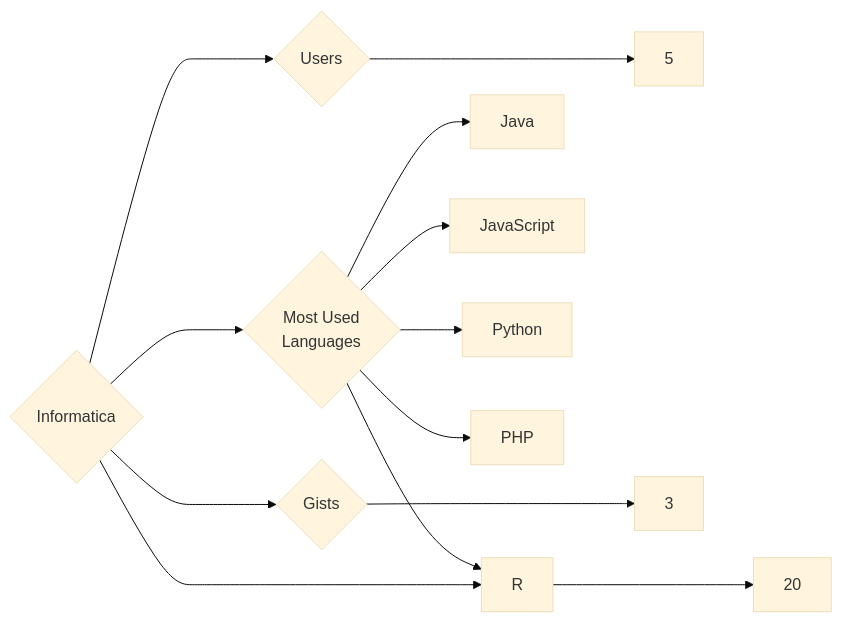
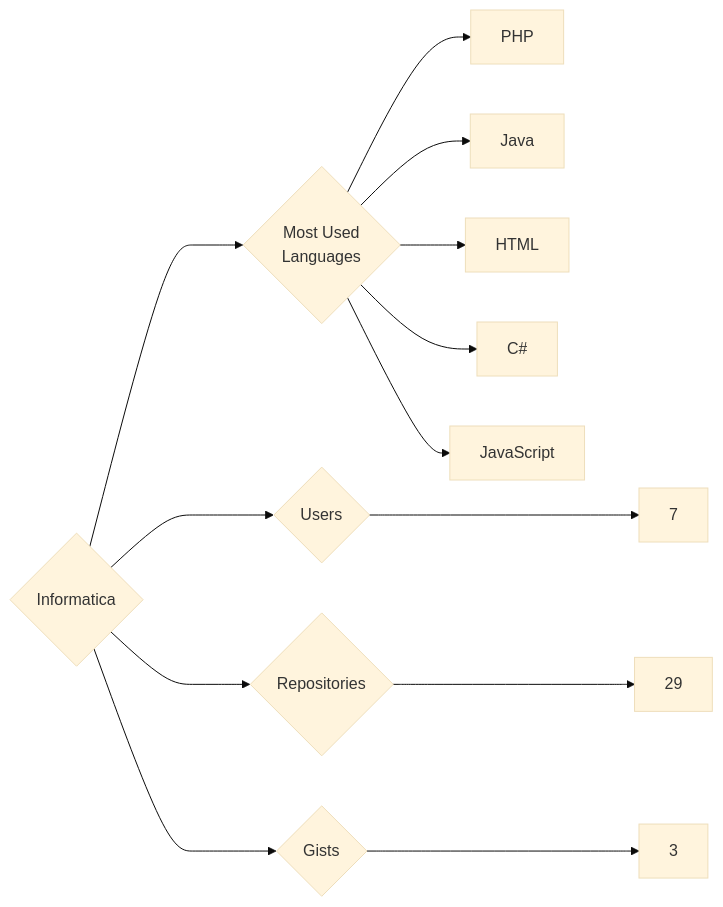
The diagram in targets/Informatica/README.md (trickest/insiders), drawn with Mermaid (base theme) before and after one commit. The commit also changed 938 other files, not shown here.

````diff
--- a/targets/Informatica/README.md
+++ b/targets/Informatica/README.md
@@ -3,13 +3,13 @@
 ```mermaid
 graph LR
 COMPANY_NAME{Informatica}
-COMPANY_NAME ---> U{Users} ---> UN[5]
-COMPANY_NAME ---> R{Repositories} ---> RN[20]
+COMPANY_NAME ---> U{Users} ---> UN[7]
+COMPANY_NAME ---> R{Repositories} ---> RN[29]
 COMPANY_NAME ---> G{Gists} ---> GN[3]
 COMPANY_NAME ---> ML{Most Used<br>Languages}
+ML --> PHP[PHP]
 ML --> Java[Java]
+ML --> HTML[HTML]
+ML --> C#[C#]
 ML --> JavaScript[JavaScript]
-ML --> R[R]
-ML --> Python[Python]
-ML --> PHP[PHP]
 ```
````
